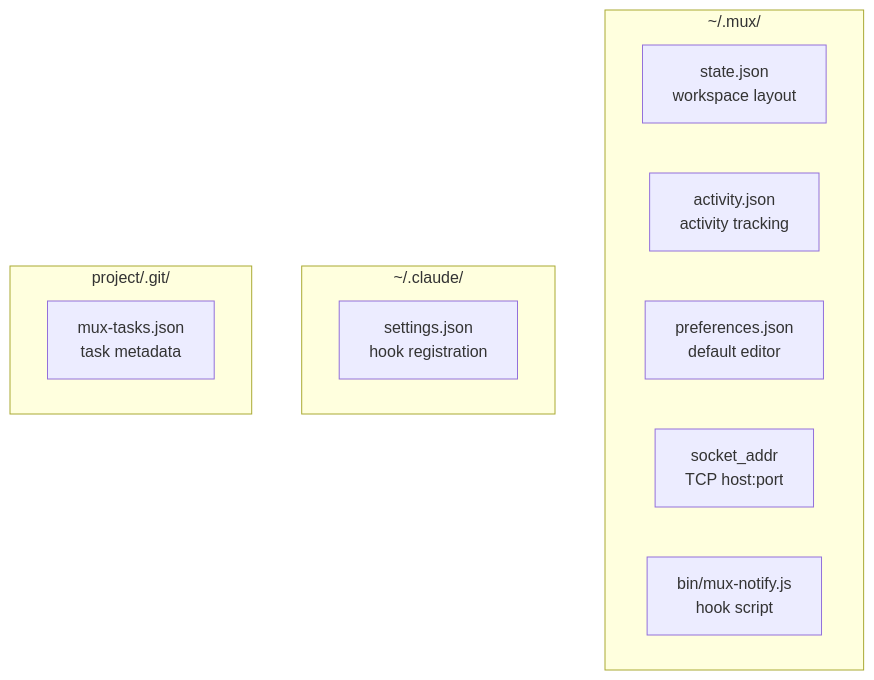
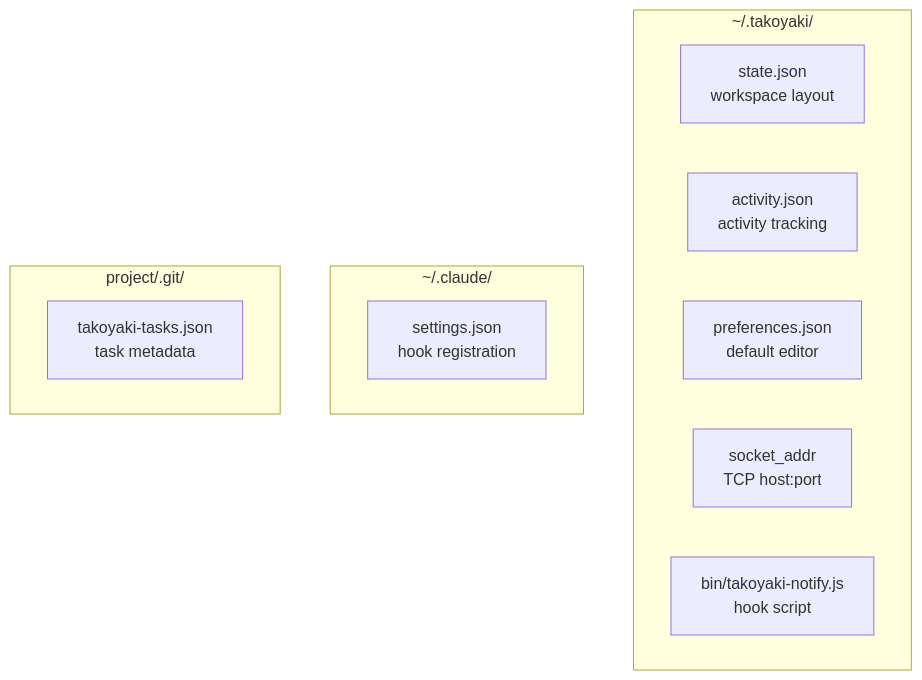
Before and after one commit to adikuma/takoyaki: the ninth of 10 diagrams in docs/ARCHITECTURE.md, drawn with Mermaid. The commit also changed other lines of this file and 41 other files, not shown here.

````diff
--- a/docs/ARCHITECTURE.md
+++ b/docs/ARCHITECTURE.md
@@ -167,18 +167,18 @@
 ```mermaid
 graph TD
-    subgraph "~/.mux/"
+    subgraph "~/.takoyaki/"
         state["state.json<br/>workspace layout"]
         activity["activity.json<br/>activity tracking"]
         prefs["preferences.json<br/>default editor"]
         addr["socket_addr<br/>TCP host:port"]
-        notify["bin/mux-notify.js<br/>hook script"]
+        notify["bin/takoyaki-notify.js<br/>hook script"]
     end
 
     subgraph "~/.claude/"
         settings["settings.json<br/>hook registration"]
     end
 
     subgraph "project/.git/"
-        tasks["mux-tasks.json<br/>task metadata"]
+        tasks["takoyaki-tasks.json<br/>task metadata"]
     end
 ```
````
